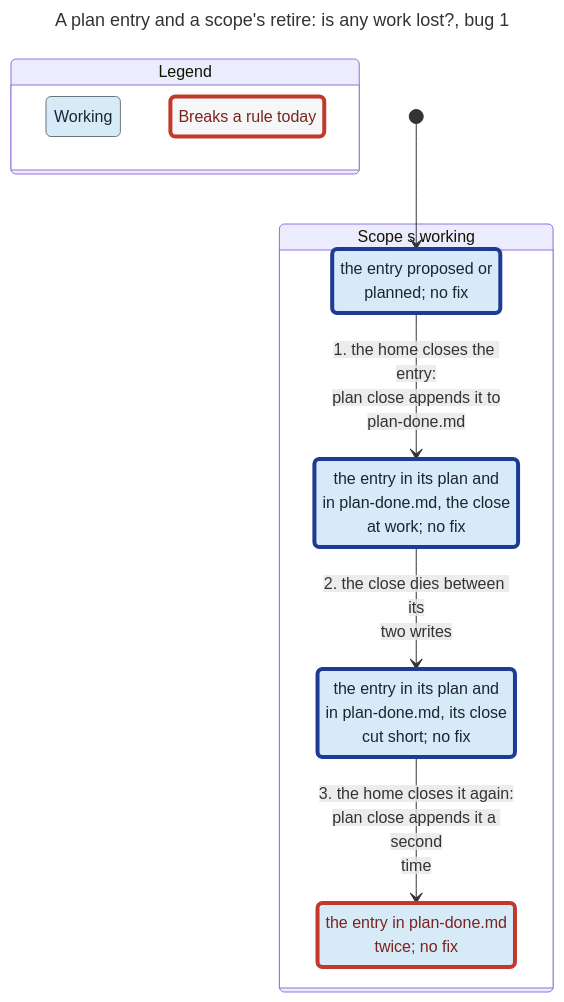
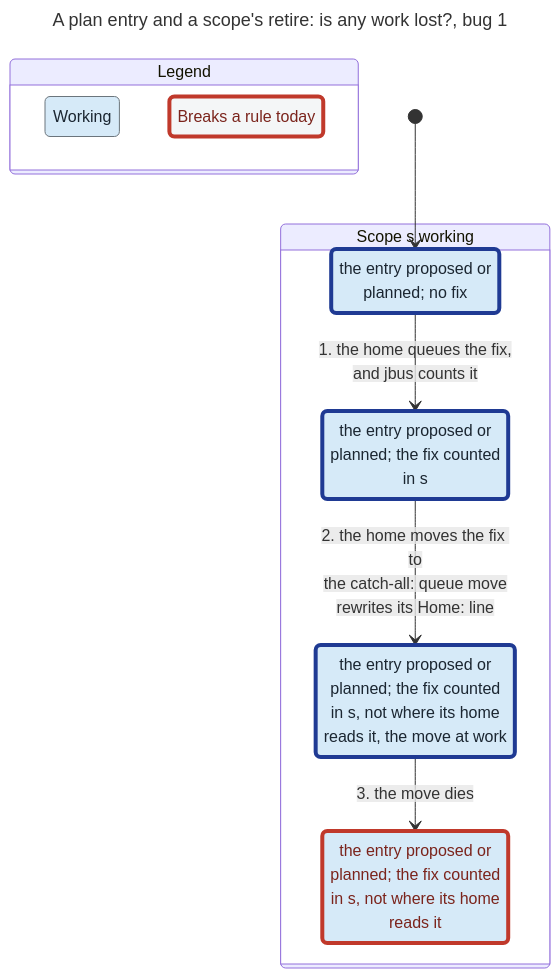
The diagram in features/home/spec/PlanScope-statechart/bug-1.mmd (JoshuaHayesWasHere/jstack), drawn with Mermaid before and after one commit. The commit also changed 14 other files, not shown here.

First line of the commit message:
fix(jbus): plan close run again after a close cut short appends no second copy to plan-done.md (#1791)

```diff
--- a/features/home/spec/PlanScope-statechart/bug-1.mmd
+++ b/features/home/spec/PlanScope-statechart/bug-1.mmd
@@ -1,32 +1,32 @@
 ---
 title: "A plan entry and a scope's retire: is any work lost?, bug 1"
 config:
   markdownAutoWrap: false
   state:
     useMaxWidth: false
 ---
 stateDiagram-v2
   classDef plainWrong fill:#f4f6f7,stroke:#c0392b,stroke-width:4px,color:#7b241c
   classDef group0 fill:#d6eaf8,stroke:#6b757c,color:#1b2631
   classDef group0Wrong fill:#d6eaf8,stroke:#c0392b,stroke-width:4px,color:#7b241c
   classDef group0Path fill:#d6eaf8,stroke:#1f3a93,stroke-width:4px,color:#1b2631
   state "Legend" as legend {
     state "Working" as legendGroup0
     state "Breaks a rule today" as legendWrong
   }
   class legendGroup0 group0
   class legendWrong plainWrong
   state "Scope s working" as g0 {
-    state "the entry in its plan and<br/>in plan-done.md, its close<br/>cut short; no fix" as s0
-    state "the entry in its plan and<br/>in plan-done.md, the close<br/>at work; no fix" as s1
-    state "the entry in plan-done.md<br/>twice; no fix" as s2
-    state "the entry proposed or<br/>planned; no fix" as s3
+    state "the entry proposed or<br/>planned; no fix" as s0
+    state "the entry proposed or<br/>planned; the fix counted<br/>in s" as s1
+    state "the entry proposed or<br/>planned; the fix counted<br/>in s, not where its home<br/>reads it" as s2
+    state "the entry proposed or<br/>planned; the fix counted<br/>in s, not where its home<br/>reads it, the move at work" as s3
   }
-  [*] --> s3
-  s3 --> s1 : 1. the home closes the entry:<br/>plan close appends it to<br/>plan-done.md
-  s1 --> s0 : 2. the close dies between its<br/>two writes
-  s0 --> s2 : 3. the home closes it again:<br/>plan close appends it a second<br/>time
+  [*] --> s0
+  s0 --> s1 : 1. the home queues the fix,<br/>and jbus counts it
+  s1 --> s3 : 2. the home moves the fix to<br/>the catch-all: queue move<br/>rewrites its Home: line
+  s3 --> s2 : 3. the move dies
   class s0 group0Path
   class s1 group0Path
   class s2 group0Wrong
   class s3 group0Path
```
